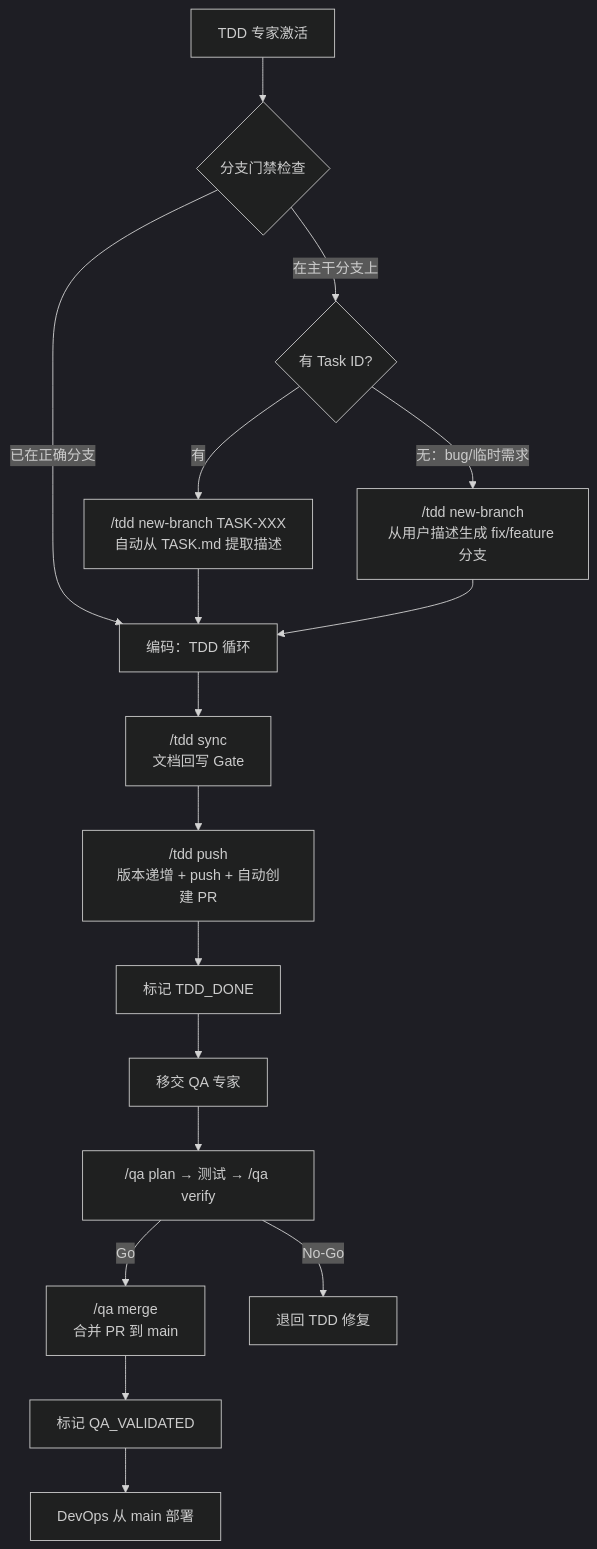
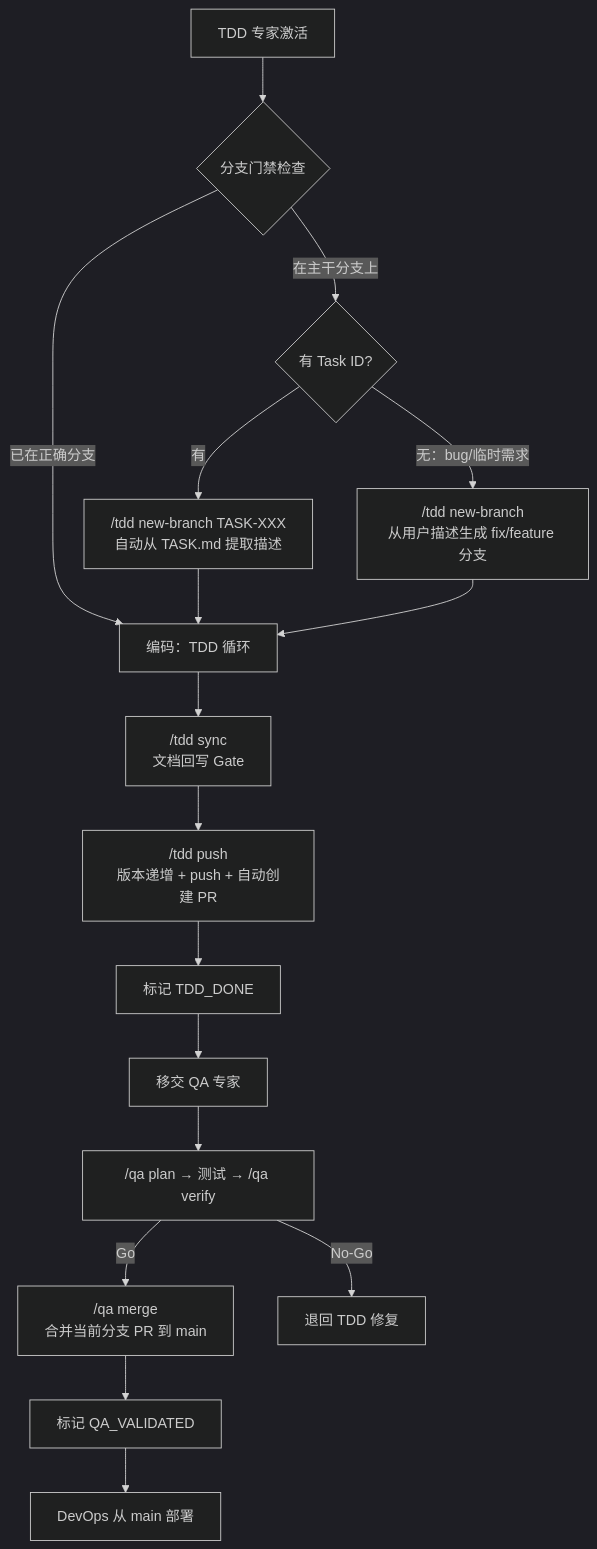
Before and after one commit to hollisyao2024/PromptsEngineering: the diagram in AgentRoles/TDD-PROGRAMMING-EXPERT.md, drawn with Mermaid (dark theme). The commit also changed other lines of this file and 11 other files, not shown here.

````diff
--- a/AgentRoles/TDD-PROGRAMMING-EXPERT.md
+++ b/AgentRoles/TDD-PROGRAMMING-EXPERT.md
@@ -218,19 +218,19 @@
 ```mermaid
 flowchart TD
     A[TDD 专家激活] --> B{分支门禁检查}
     B -->|在主干分支上| C{有 Task ID?}
     B -->|已在正确分支| F[编码：TDD 循环]
     C -->|有| D["/tdd new-branch TASK-XXX<br/>自动从 TASK.md 提取描述"]
     C -->|无：bug/临时需求| E["/tdd new-branch<br/>从用户描述生成 fix/feature 分支"]
     D --> F
     E --> F
     F --> G["/tdd sync<br/>文档回写 Gate"]
     G --> H["/tdd push<br/>版本递增 + push + 自动创建 PR"]
     H --> I[标记 TDD_DONE]
     I --> J[移交 QA 专家]
     J --> K["/qa plan → 测试 → /qa verify"]
-    K -->|Go| L["/qa merge<br/>合并 PR 到 main"]
+    K -->|Go| L["/qa merge<br/>合并当前分支 PR 到 main"]
     K -->|No-Go| M[退回 TDD 修复]
     L --> N[标记 QA_VALIDATED]
     N --> O[DevOps 从 main 部署]
 ```
````
